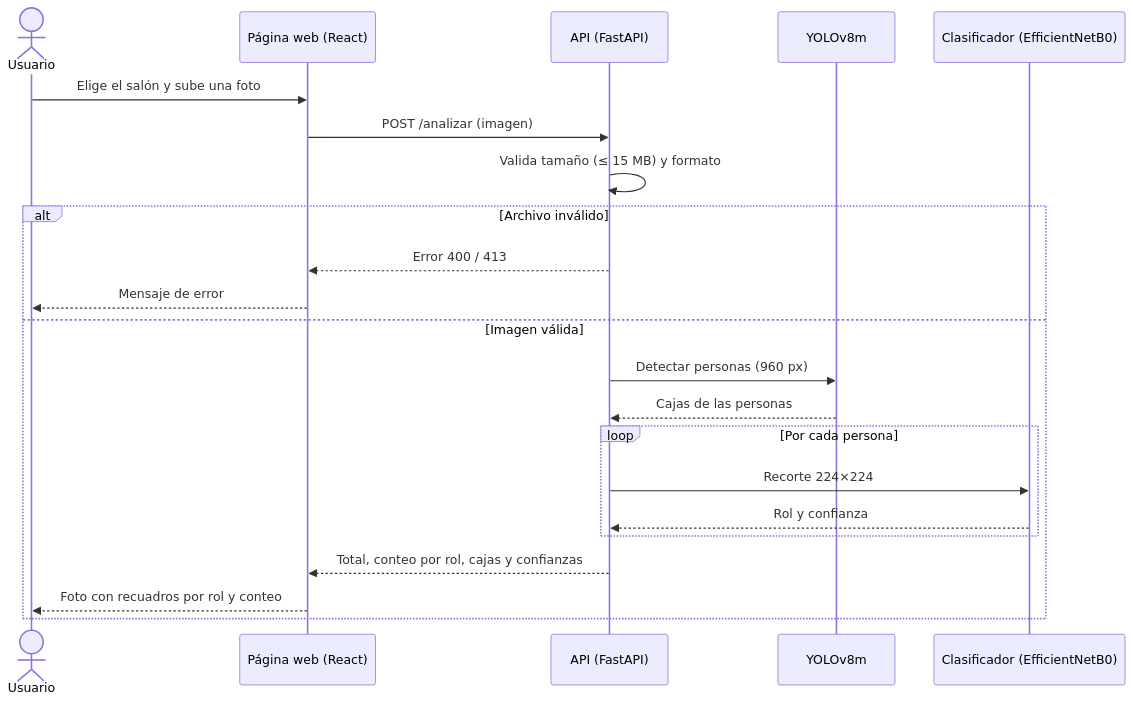
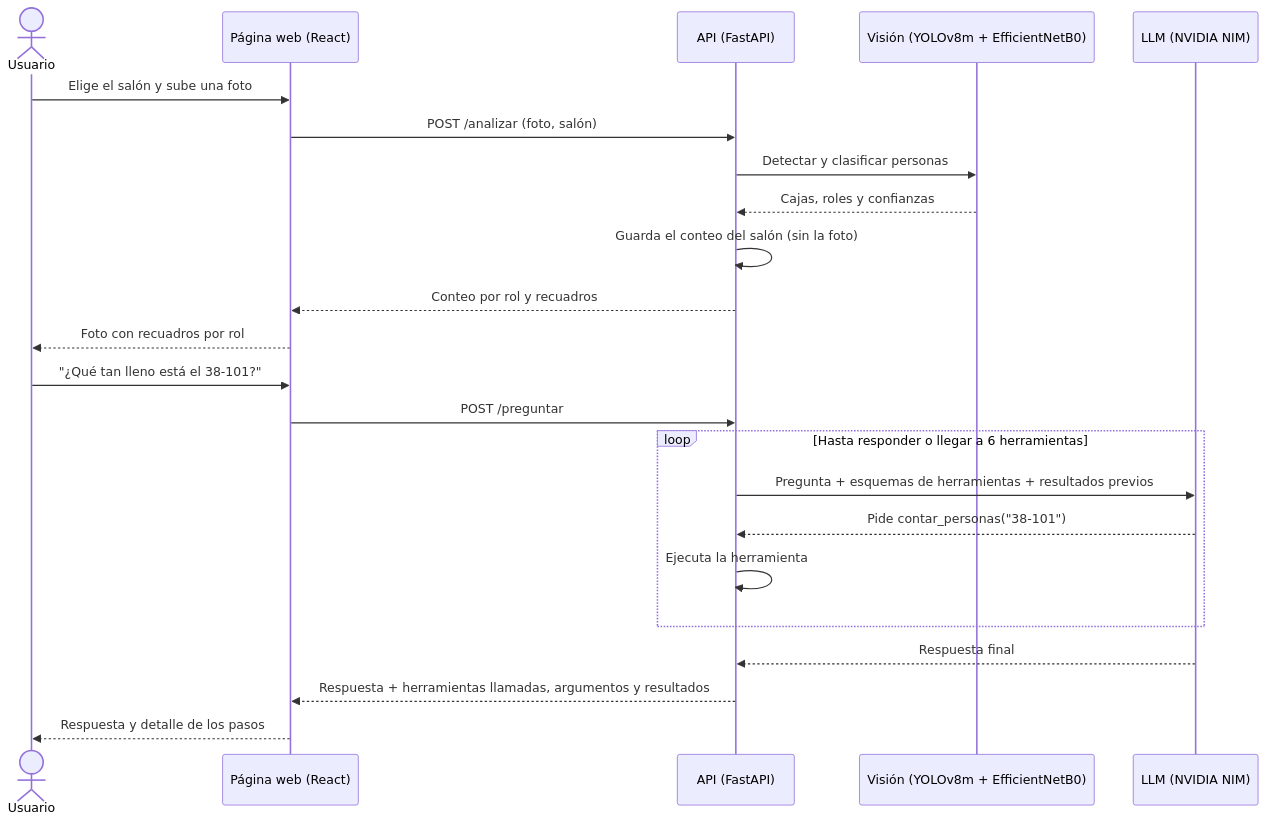
The second of 2 diagrams in README.md (Trerass/SmartClassrooms-Roles), drawn with Mermaid before and after one commit. The commit also changed other lines of this file and 15 other files, not shown here.

First line of the commit message:
Agente con herramientas: LLM + visión, casos de prueba, interfaz de chat y README

````diff
--- a/README.md
+++ b/README.md
@@ -77,24 +130,25 @@
 ```mermaid
 sequenceDiagram
     actor U as Usuario
     participant P as Página web (React)
     participant A as API (FastAPI)
-    participant Y as YOLOv8m
-    participant C as Clasificador (EfficientNetB0)
+    participant V as Visión (YOLOv8m + EfficientNetB0)
+    participant L as LLM (NVIDIA NIM)
     U->>P: Elige el salón y sube una foto
-    P->>A: POST /analizar (imagen)
-    A->>A: Valida tamaño (≤ 15 MB) y formato
-    alt Archivo inválido
-        A-->>P: Error 400 / 413
-        P-->>U: Mensaje de error
-    else Imagen válida
-        A->>Y: Detectar personas (960 px)
-        Y-->>A: Cajas de las personas
-        loop Por cada persona
-            A->>C: Recorte 224×224
-            C-->>A: Rol y confianza
-        end
-        A-->>P: Total, conteo por rol, cajas y confianzas
-        P-->>U: Foto con recuadros por rol y conteo
+    P->>A: POST /analizar (foto, salón)
+    A->>V: Detectar y clasificar personas
+    V-->>A: Cajas, roles y confianzas
+    A->>A: Guarda el conteo del salón (sin la foto)
+    A-->>P: Conteo por rol y recuadros
+    P-->>U: Foto con recuadros por rol
+    U->>P: "¿Qué tan lleno está el 38-101?"
+    P->>A: POST /preguntar
+    loop Hasta responder o llegar a 6 herramientas
+        A->>L: Pregunta + esquemas de herramientas + resultados previos
+        L-->>A: Pide contar_personas("38-101")
+        A->>A: Ejecuta la herramienta
     end
+    L-->>A: Respuesta final
+    A-->>P: Respuesta + herramientas llamadas, argumentos y resultados
+    P-->>U: Respuesta y detalle de los pasos
 ```
````
